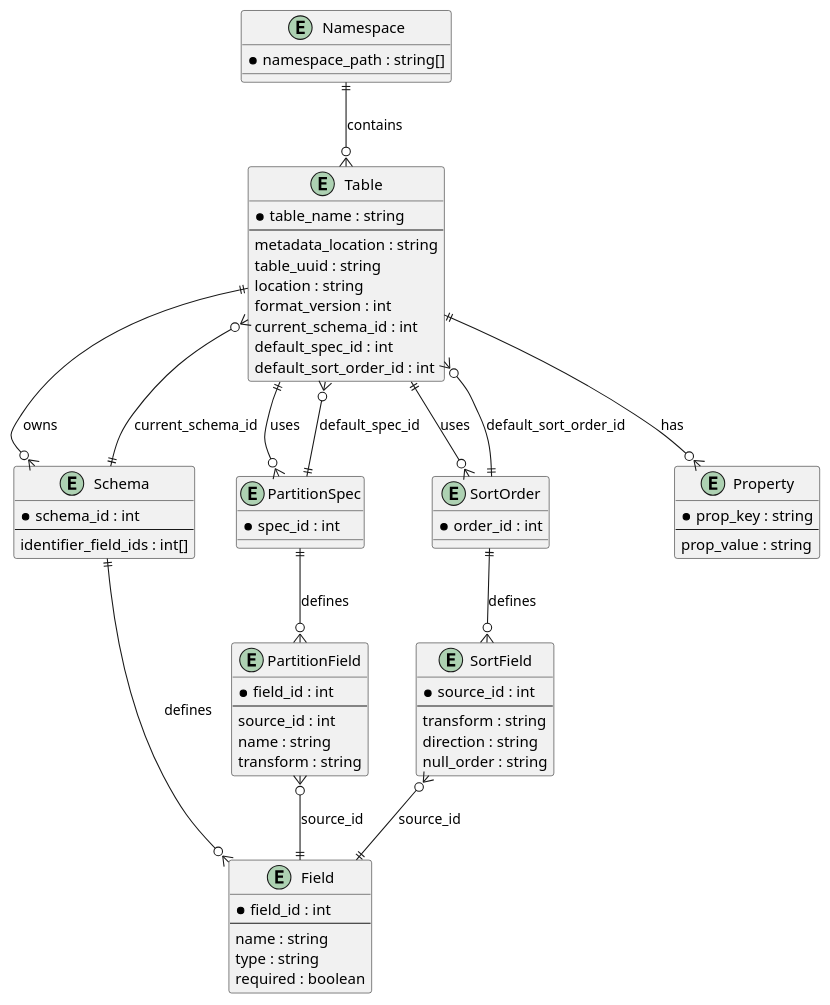
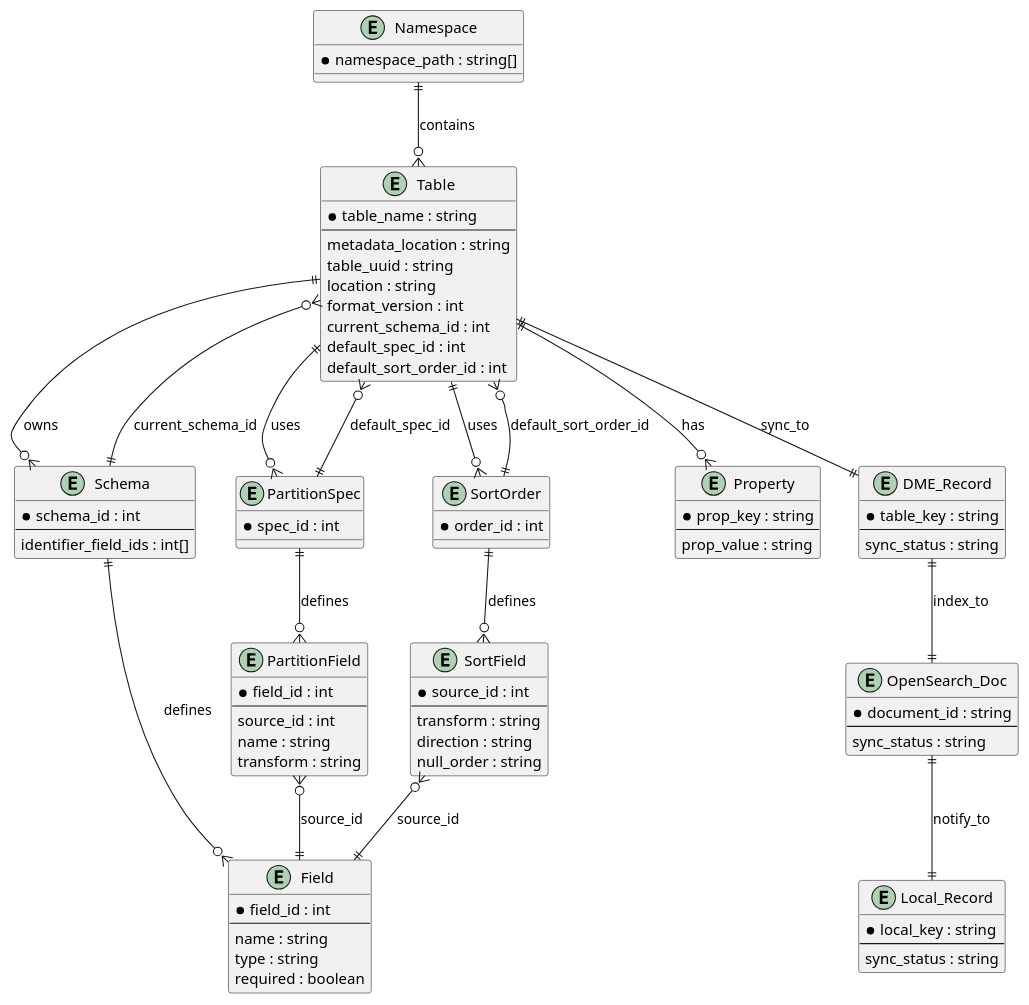
Before and after one commit to jingwang-0415/codex: the ninth of 17 diagrams in Iceberg_Table接口能力_软件实现设计说明书.md, drawn with PlantUML. The commit also changed other lines of this file, not shown here.

Commit message:
Add saga-based consistency design to Iceberg table spec

```diff
--- a/Iceberg_Table接口能力_软件实现设计说明书.md
+++ b/Iceberg_Table接口能力_软件实现设计说明书.md
@@ -764,6 +914,24 @@
   prop_value : string
 }
 
+entity "DME_Record" as dme_record {
+  * table_key : string
+  --
+  sync_status : string
+}
+
+entity "OpenSearch_Doc" as os_doc {
+  * document_id : string
+  --
+  sync_status : string
+}
+
+entity "Local_Record" as local_record {
+  * local_key : string
+  --
+  sync_status : string
+}
+
 namespace ||--o{ table : contains
 table ||--o{ schema : owns
 schema ||--o{ field : defines
@@ -772,6 +940,9 @@
 table ||--o{ sort_order : uses
 sort_order ||--o{ sort_field : defines
 table ||--o{ property : has
+table ||--|| dme_record : sync_to
+dme_record ||--|| os_doc : index_to
+os_doc ||--|| local_record : notify_to
 table }o--|| schema : current_schema_id
 table }o--|| spec : default_spec_id
 table }o--|| sort_order : default_sort_order_id
```
